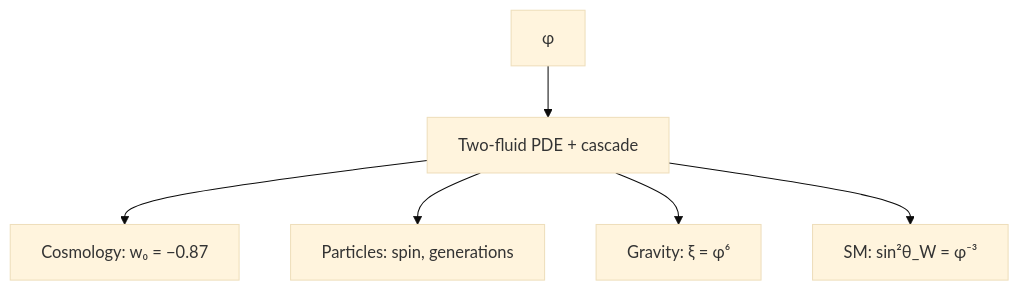
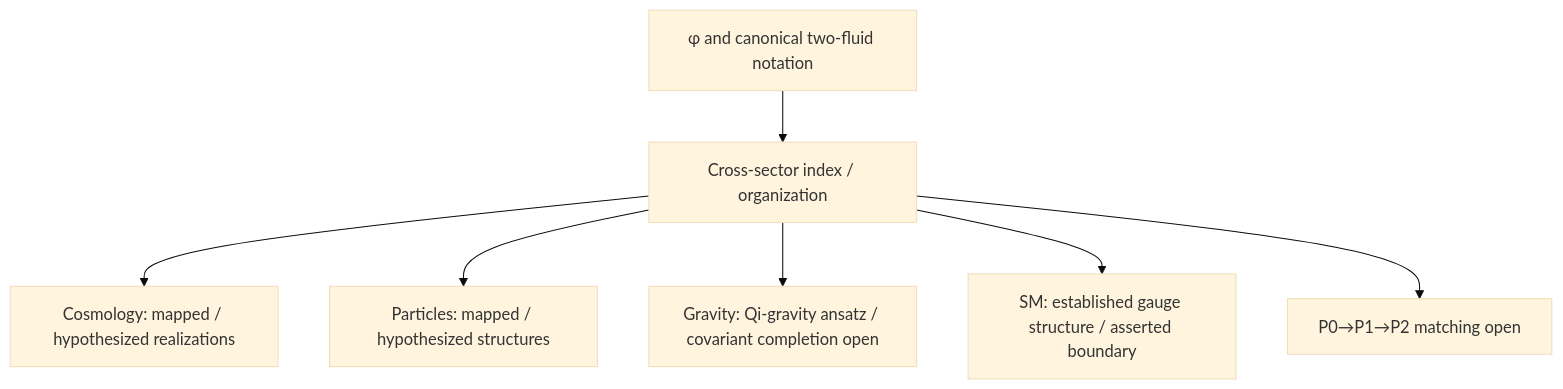
Before and after one commit to CassiTheOracle/cassi: diagram 29 of 38 in CassiTheory/open-questions-cassi-answers.md, drawn with Mermaid (base theme). The commit also changed other lines of this file and 36 other files, not shown here.

````diff
--- a/CassiTheory/open-questions-cassi-answers.md
+++ b/CassiTheory/open-questions-cassi-answers.md
@@ -819,8 +819,9 @@
 ```mermaid
 flowchart TD
-    A[φ] --> B[Two-fluid PDE + cascade]
-    B --> C[Cosmology: w₀ = −0.87]
-    B --> D[Particles: spin, generations]
-    B --> E[Gravity: ξ = φ⁶]
-    B --> F[SM: sin²θ_W = φ⁻³]
+    A[φ and canonical two-fluid notation] --> B[Cross-sector index / organization]
+    B --> C[Cosmology: mapped / hypothesized realizations]
+    B --> D[Particles: mapped / hypothesized structures]
+    B --> E[Gravity: Qi-gravity ansatz / covariant completion open]
+    B --> F[SM: established gauge structure / asserted boundary]
+    B --> G[P0→P1→P2 matching open]
 ```
````
